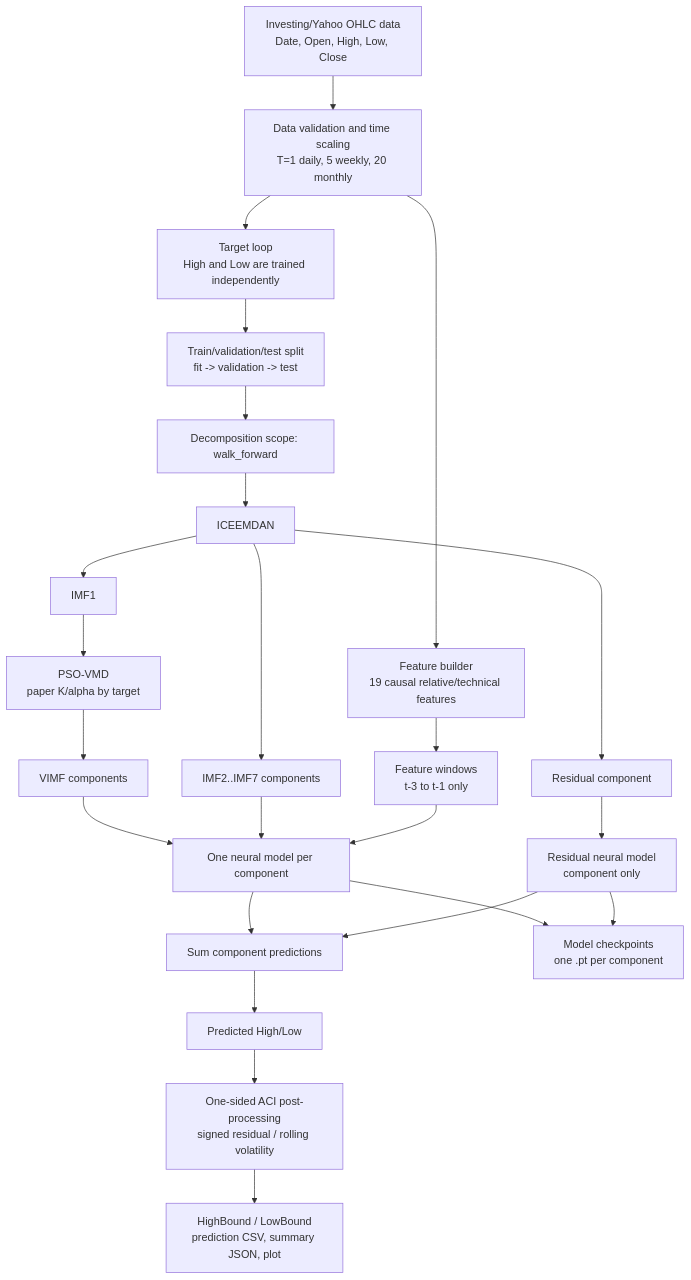
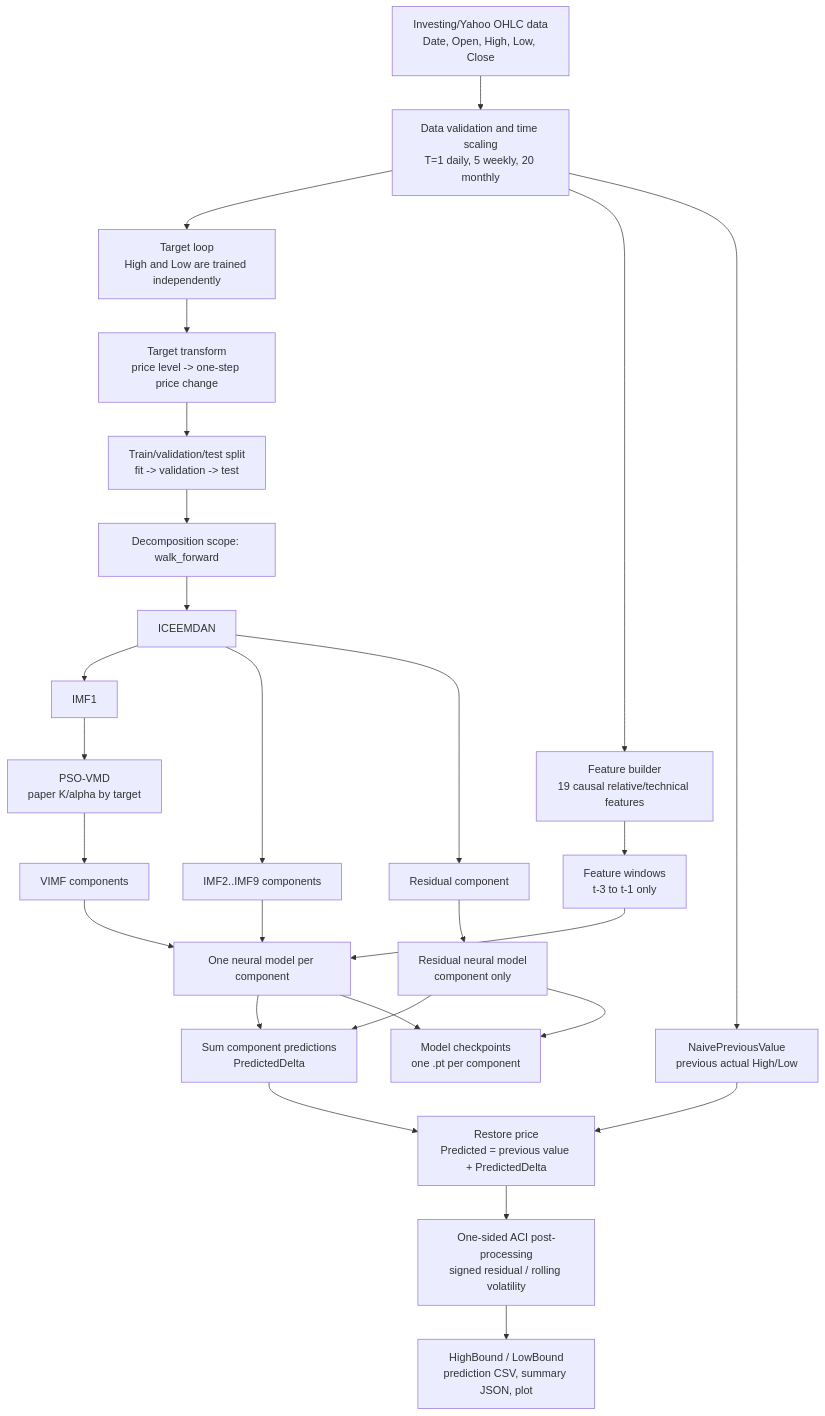
Before and after one commit to FrancisSu09/ML_final_project: the first of 2 diagrams in reports/project_architecture.md, drawn with Mermaid. The commit also changed other lines of this file and 10 other files, not shown here.

Commit message:
Add delta target forecasting architecture

````diff
--- a/reports/project_architecture.md
+++ b/reports/project_architecture.md
@@ -7,26 +7,29 @@
 ```mermaid
 flowchart TD
     A[Investing/Yahoo OHLC data<br/>Date, Open, High, Low, Close] --> B[Data validation and time scaling<br/>T=1 daily, 5 weekly, 20 monthly]
     B --> C[Target loop<br/>High and Low are trained independently]
     B --> F[Feature builder<br/>19 causal relative/technical features]
-    C --> D[Train/validation/test split<br/>fit -> validation -> test]
+    C --> U[Target transform<br/>price level -> one-step price change]
+    U --> D[Train/validation/test split<br/>fit -> validation -> test]
     D --> E[Decomposition scope: walk_forward]
     E --> G[ICEEMDAN]
     G --> H[IMF1]
     H --> I[PSO-VMD<br/>paper K/alpha by target]
     I --> J[VIMF components]
-    G --> K[IMF2..IMF7 components]
+    G --> K[IMF2..IMF9 components]
     G --> L[Residual component]
     F --> M[Feature windows<br/>t-3 to t-1 only]
     J --> N[One neural model per component]
     K --> N
     L --> O[Residual neural model<br/>component only]
     M --> N
-    N --> P[Sum component predictions]
+    N --> P[Sum component predictions<br/>PredictedDelta]
     O --> P
-    P --> Q[Predicted High/Low]
+    B --> V[NaivePreviousValue<br/>previous actual High/Low]
+    P --> Q[Restore price<br/>Predicted = previous value + PredictedDelta]
+    V --> Q
     Q --> R[One-sided ACI post-processing<br/>signed residual / rolling volatility]
     R --> S[HighBound / LowBound<br/>prediction CSV, summary JSON, plot]
     N --> T[Model checkpoints<br/>one .pt per component]
     O --> T
 ```
````
